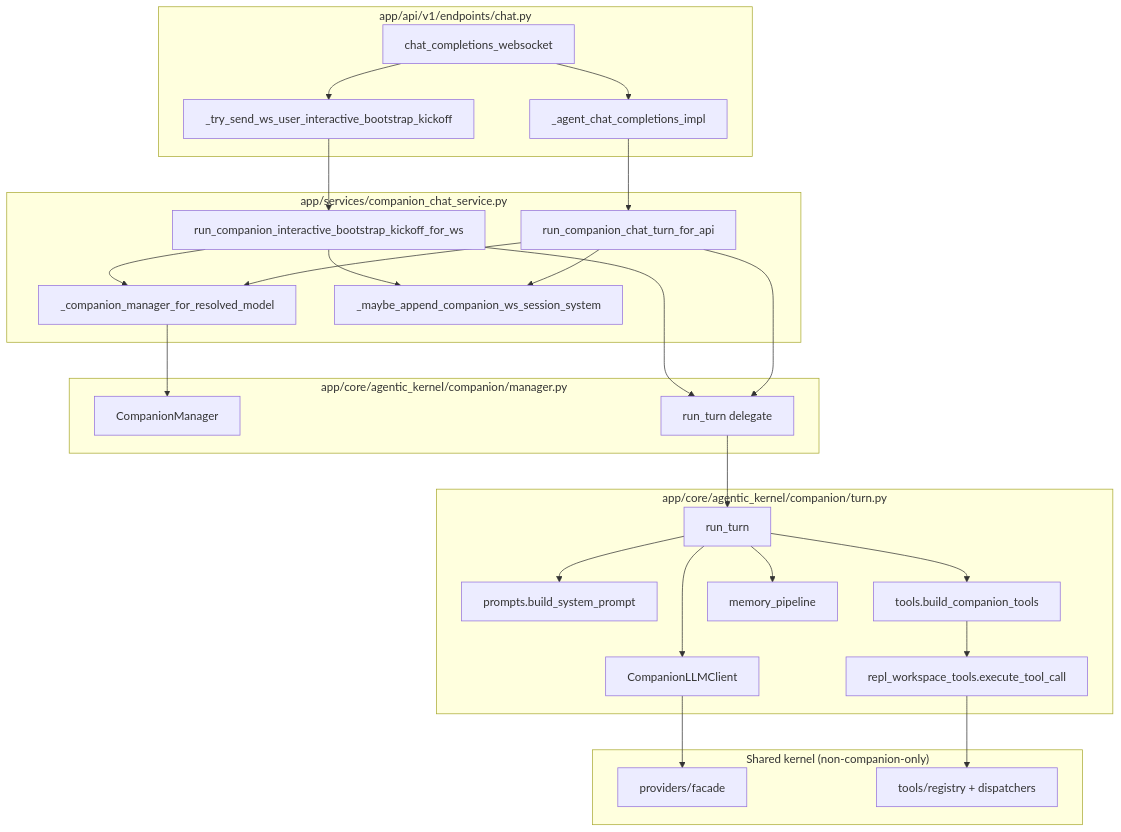
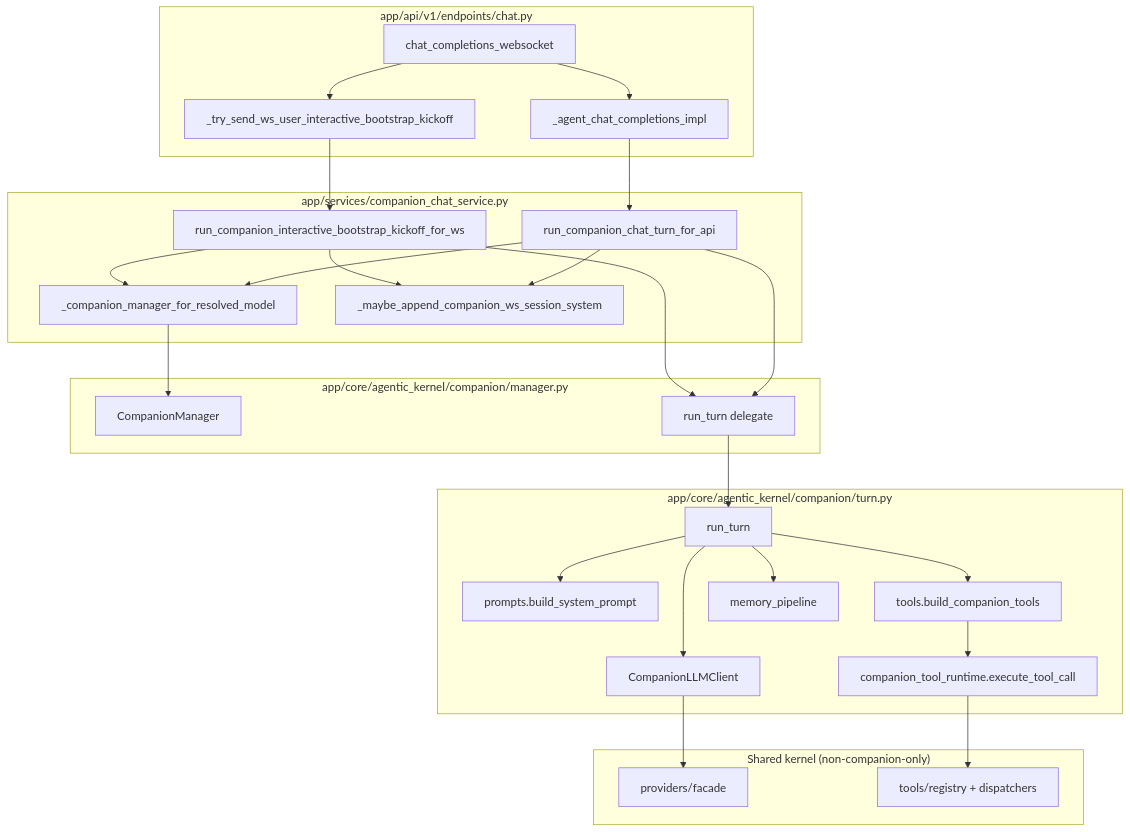
Before and after one commit to NascentCore/inty: the second of 2 diagrams in docs/AGENTIC_KERNEL_ARCH.md, drawn with Mermaid. The commit also changed other lines of this file and 14 other files, not shown here.

First line of the commit message:
Rename repl_workspace_tools to companion_tool_runtime

````diff
--- a/docs/AGENTIC_KERNEL_ARCH.md
+++ b/docs/AGENTIC_KERNEL_ARCH.md
@@ -98,58 +98,58 @@
 ```mermaid
 flowchart TB
   subgraph API["app/api/v1/endpoints/chat.py"]
     WSE["chat_completions_websocket"]
     KICK["_try_send_ws_user_interactive_bootstrap_kickoff"]
     IMPL["_agent_chat_completions_impl"]
   end
 
   subgraph SVC["app/services/companion_chat_service.py"]
     LRU["_companion_manager_for_resolved_model"]
     API_TURN["run_companion_chat_turn_for_api"]
     WS_KICK["run_companion_interactive_bootstrap_kickoff_for_ws"]
     SESSYS["_maybe_append_companion_ws_session_system"]
   end
 
   subgraph MGR["app/core/agentic_kernel/companion/manager.py"]
     CM["CompanionManager"]
     MRT["run_turn delegate"]
   end
 
   subgraph CORE["app/core/agentic_kernel/companion/turn.py"]
     RT["run_turn"]
     PR["prompts.build_system_prompt"]
     TL["tools.build_companion_tools"]
     LLM["CompanionLLMClient"]
-    EX["repl_workspace_tools.execute_tool_call"]
+    EX["companion_tool_runtime.execute_tool_call"]
     MEM["memory_pipeline"]
   end
 
   subgraph EXT["Shared kernel (non-companion-only)"]
     FAC["providers/facade"]
     REG["tools/registry + dispatchers"]
   end
 
   WSE --> KICK
   KICK --> WS_KICK
   WSE --> IMPL
   IMPL --> API_TURN
 
   WS_KICK --> LRU
   API_TURN --> LRU
   LRU --> CM
 
   WS_KICK --> SESSYS
   API_TURN --> SESSYS
 
   WS_KICK --> MRT
   API_TURN --> MRT
   MRT --> RT
 
   RT --> PR
   RT --> TL
   RT --> LLM
   RT --> MEM
   LLM --> FAC
   TL --> EX
   EX --> REG
 ```
````
